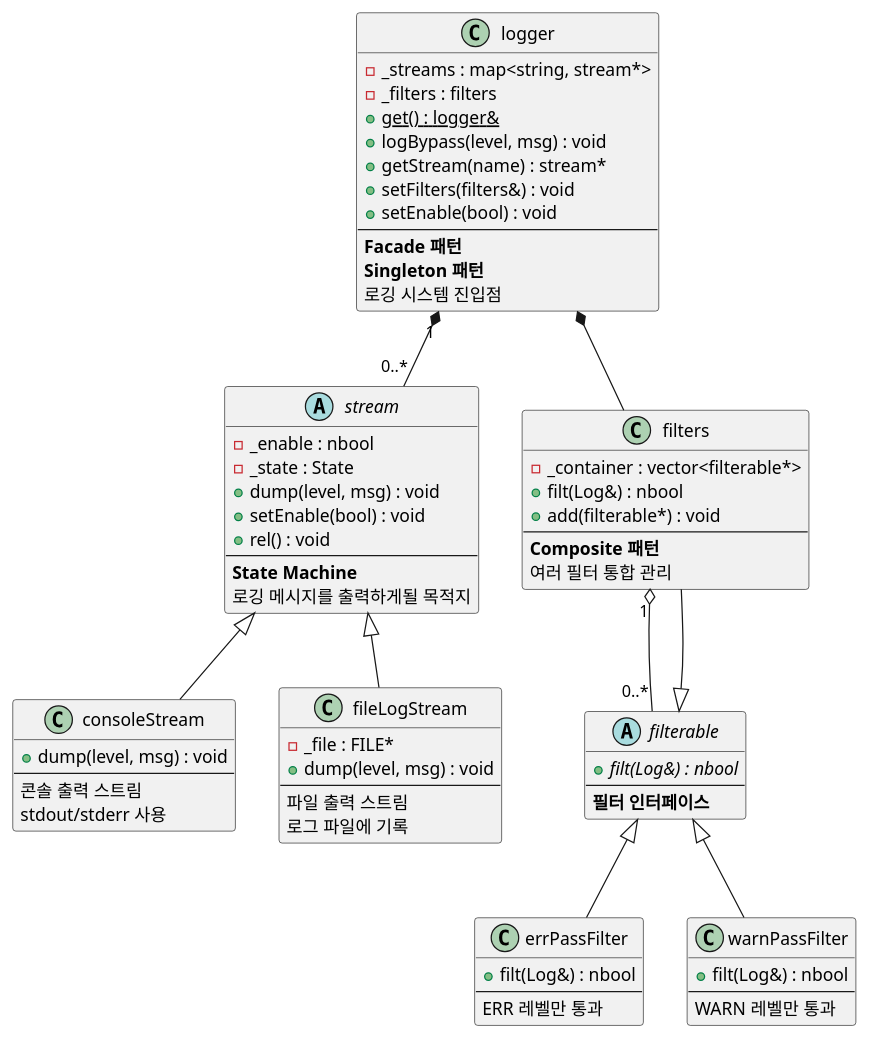
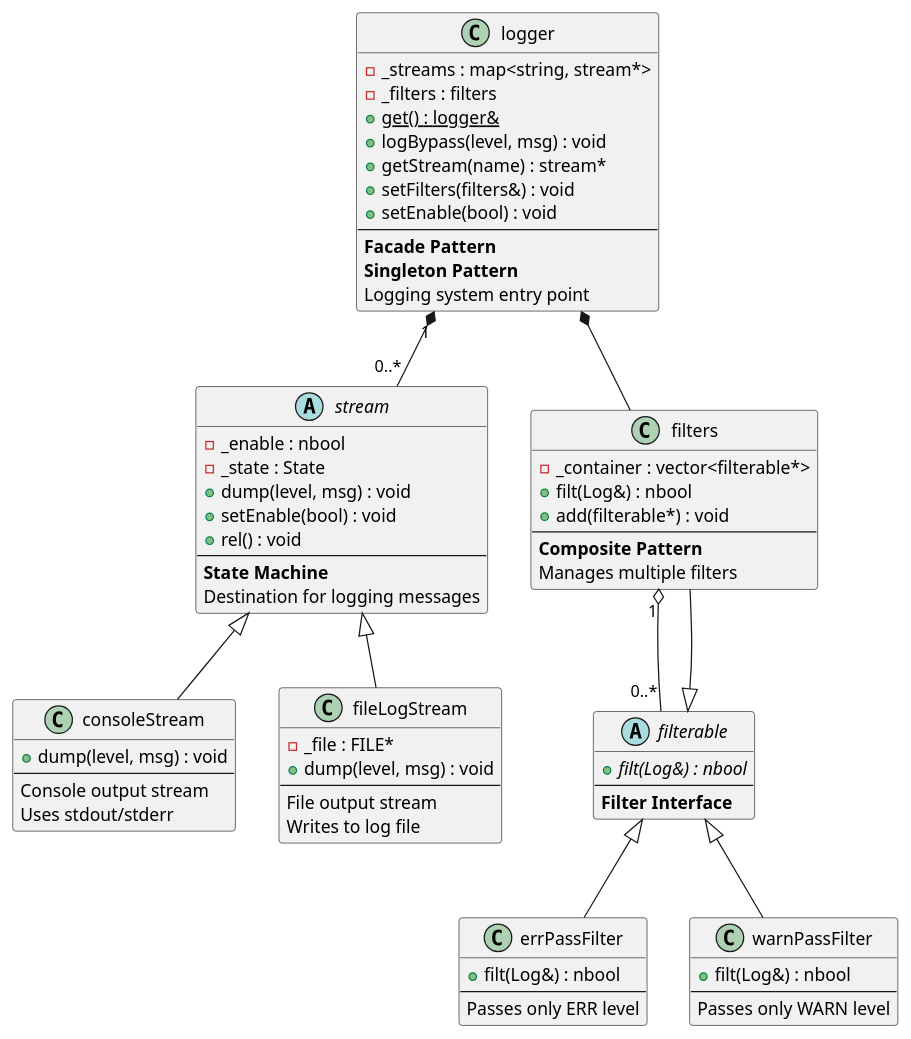
The first of 3 diagrams in doc/ref/ko/ae-architecture-clog.md (byeolang/byeol), drawn with PlantUML before and after one commit. The commit also changed other lines of this file and 5 other files, not shown here.

First line of the commit message:
docs: translate Korean to English in PlantUML blocks

```diff
--- a/doc/ref/ko/ae-architecture-clog.md
+++ b/doc/ref/ko/ae-architecture-clog.md
@@ -17,9 +17,9 @@
     + setFilters(filters&) : void
     + setEnable(bool) : void
     --
-    <b>Facade 패턴</b>
-    <b>Singleton 패턴</b>
-    로깅 시스템 진입점
+    <b>Facade Pattern</b>
+    <b>Singleton Pattern</b>
+    Logging system entry point
 }
 
 abstract class stream {
@@ -30,28 +30,28 @@
     + rel() : void
     --
     <b>State Machine</b>
-    로깅 메시지를 출력하게될 목적지
+    Destination for logging messages
 }
 
 class consoleStream {
     + dump(level, msg) : void
     --
-    콘솔 출력 스트림
-    stdout/stderr 사용
+    Console output stream
+    Uses stdout/stderr
 }
 
 class fileLogStream {
     - _file : FILE*
     + dump(level, msg) : void
     --
-    파일 출력 스트림
-    로그 파일에 기록
+    File output stream
+    Writes to log file
 }
 
 abstract class filterable {
     + {abstract} filt(Log&) : nbool
     --
-    <b>필터 인터페이스</b>
+    <b>Filter Interface</b>
 }
 
 class filters {
@@ -59,20 +59,20 @@
     + filt(Log&) : nbool
     + add(filterable*) : void
     --
-    <b>Composite 패턴</b>
-    여러 필터 통합 관리
+    <b>Composite Pattern</b>
+    Manages multiple filters
 }
 
 class errPassFilter {
     + filt(Log&) : nbool
     --
-    ERR 레벨만 통과
+    Passes only ERR level
 }
 
 class warnPassFilter {
     + filt(Log&) : nbool
     --
-    WARN 레벨만 통과
+    Passes only WARN level
 }
 
 logger "1" *-- "0..*" stream
```
